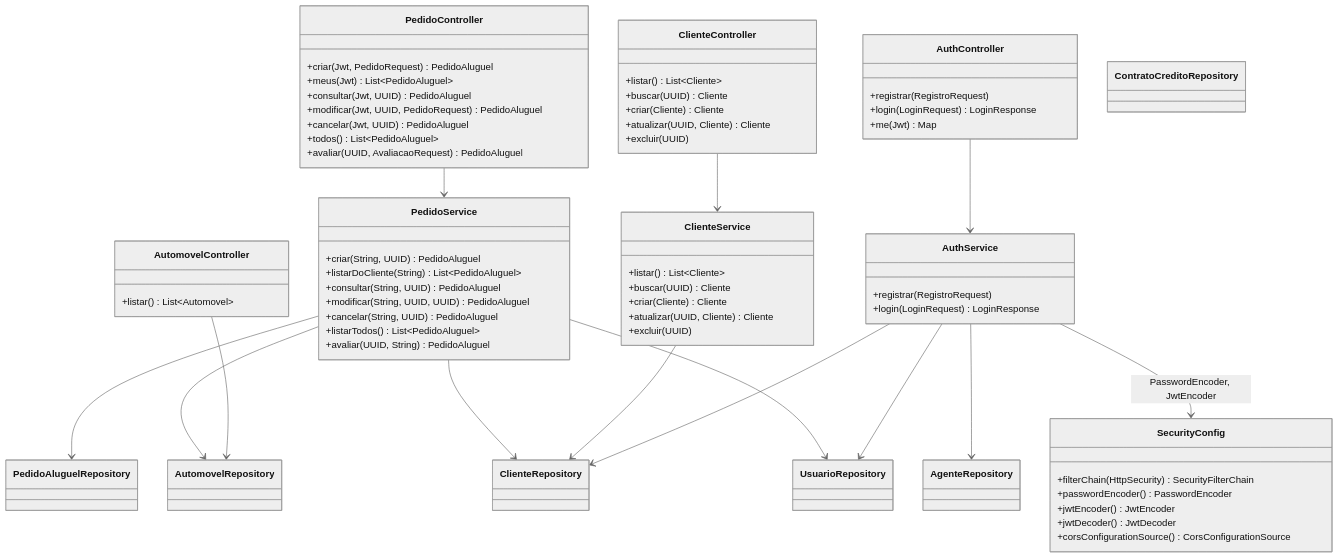
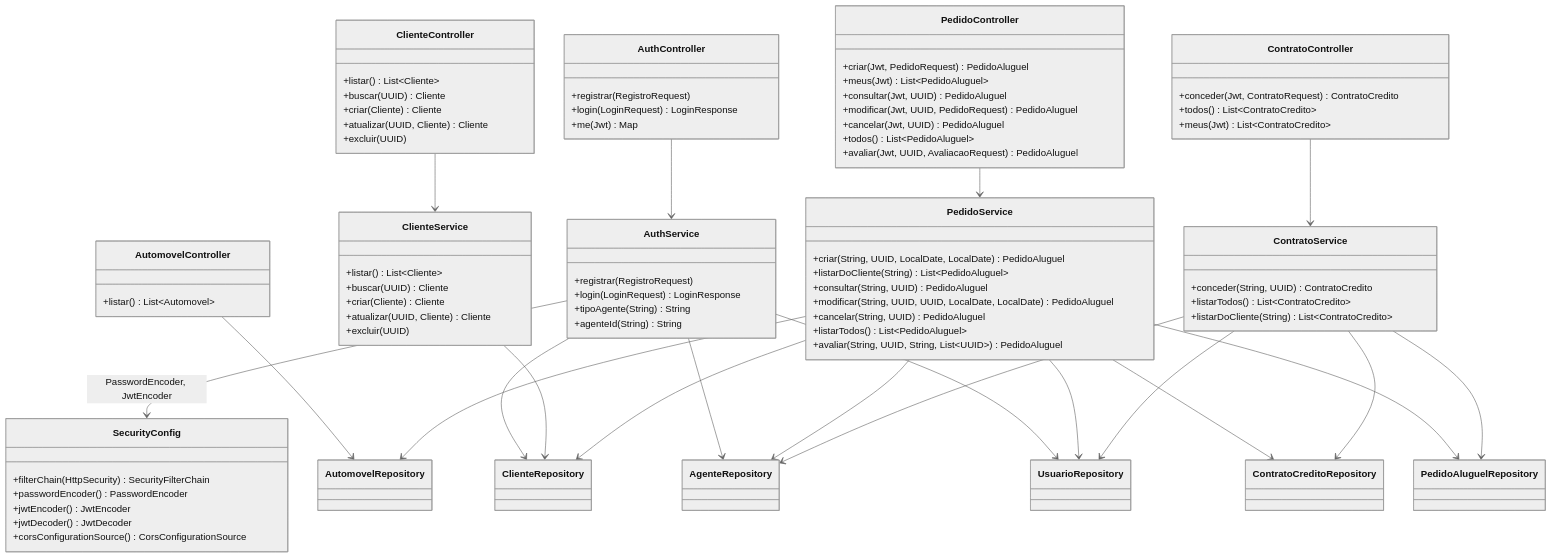
Before and after one commit to Cesarlac/getaway-car-rentals: the second of 2 diagrams in docs/03-diagrama-de-classes.md, drawn with Mermaid (neutral theme). The commit also changed other lines of this file and 15 other files, not shown here.

First line of the commit message:
docs: README no template da disciplina, UML atualizada e capturas de tela

````diff
--- a/docs/03-diagrama-de-classes.md
+++ b/docs/03-diagrama-de-classes.md
@@ -108,15 +126,23 @@
         +modificar(Jwt, UUID, PedidoRequest) PedidoAluguel
         +cancelar(Jwt, UUID) PedidoAluguel
         +todos() List~PedidoAluguel~
-        +avaliar(UUID, AvaliacaoRequest) PedidoAluguel
+        +avaliar(Jwt, UUID, AvaliacaoRequest) PedidoAluguel
     }
     class AutomovelController {
         +listar() List~Automovel~
     }
 
+    class ContratoController {
+        +conceder(Jwt, ContratoRequest) ContratoCredito
+        +todos() List~ContratoCredito~
+        +meus(Jwt) List~ContratoCredito~
+    }
+
     class AuthService {
         +registrar(RegistroRequest)
         +login(LoginRequest) LoginResponse
+        +tipoAgente(String) String
+        +agenteId(String) String
     }
     class ClienteService {
         +listar() List~Cliente~
@@ -126,13 +152,19 @@
         +excluir(UUID)
     }
     class PedidoService {
-        +criar(String, UUID) PedidoAluguel
+        +criar(String, UUID, LocalDate, LocalDate) PedidoAluguel
         +listarDoCliente(String) List~PedidoAluguel~
         +consultar(String, UUID) PedidoAluguel
-        +modificar(String, UUID, UUID) PedidoAluguel
+        +modificar(String, UUID, UUID, LocalDate, LocalDate) PedidoAluguel
         +cancelar(String, UUID) PedidoAluguel
         +listarTodos() List~PedidoAluguel~
-        +avaliar(UUID, String) PedidoAluguel
+        +avaliar(String, UUID, String, List~UUID~) PedidoAluguel
+    }
+
+    class ContratoService {
+        +conceder(String, UUID) ContratoCredito
+        +listarTodos() List~ContratoCredito~
+        +listarDoCliente(String) List~ContratoCredito~
     }
 
     class ClienteRepository
@@ -154,6 +186,7 @@
     ClienteController --> ClienteService
     PedidoController --> PedidoService
     AutomovelController --> AutomovelRepository
+    ContratoController --> ContratoService
 
     AuthService --> UsuarioRepository
     AuthService --> ClienteRepository
@@ -164,4 +197,10 @@
     PedidoService --> UsuarioRepository
     PedidoService --> ClienteRepository
     PedidoService --> AutomovelRepository
+    PedidoService --> AgenteRepository
+    PedidoService --> ContratoCreditoRepository
+    ContratoService --> ContratoCreditoRepository
+    ContratoService --> PedidoAluguelRepository
+    ContratoService --> UsuarioRepository
+    ContratoService --> AgenteRepository
 ```
````
